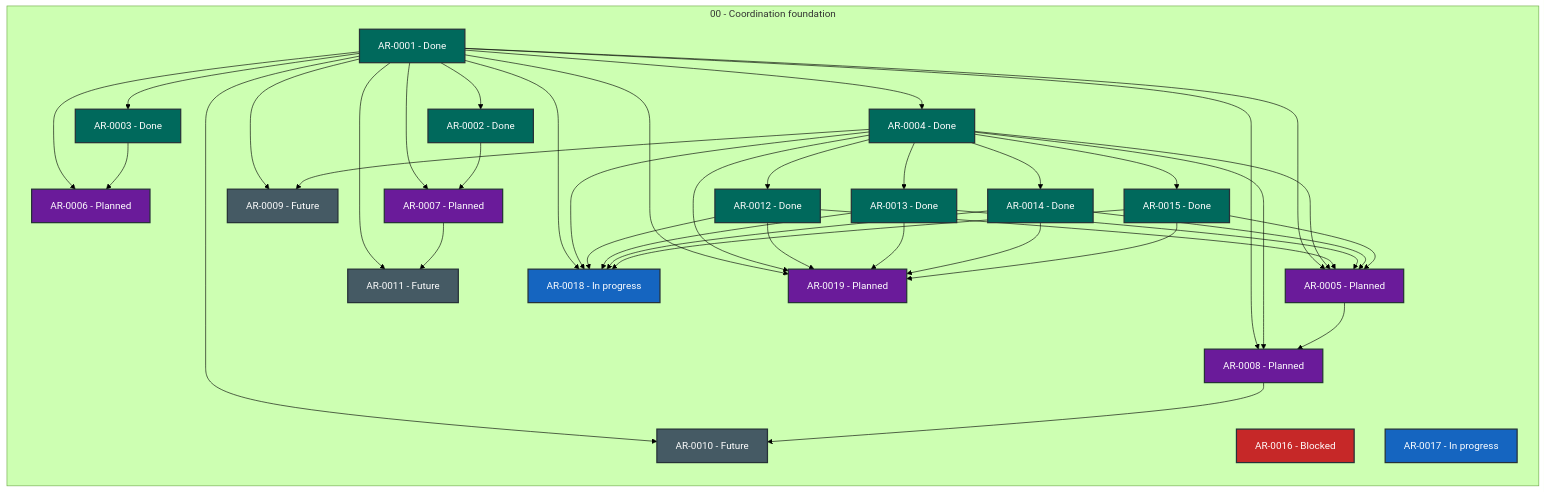
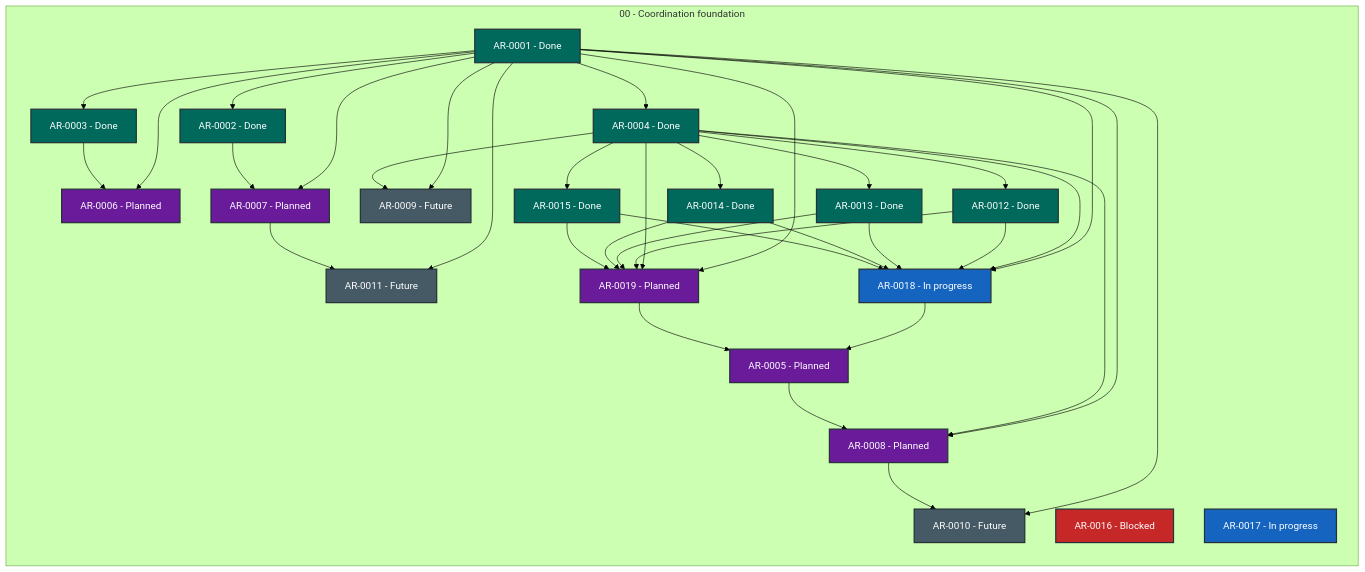
Before and after one commit to martin-beck/agent-workflow-quality-state: the diagram in STATUS.md, drawn with Mermaid (forest theme). The commit also changed other lines of this file and 1 other file, not shown here.

````diff
--- a/STATUS.md
+++ b/STATUS.md
@@ -27,71 +27,67 @@
 ```mermaid
 flowchart LR
     subgraph series_00["00 - Coordination foundation"]
         direction TB
         AR_0001["AR-0001 - Done"]:::status_done
         AR_0002["AR-0002 - Done"]:::status_done
         AR_0003["AR-0003 - Done"]:::status_done
         AR_0004["AR-0004 - Done"]:::status_done
         AR_0005["AR-0005 - Planned"]:::status_planned
         AR_0006["AR-0006 - Planned"]:::status_planned
         AR_0007["AR-0007 - Planned"]:::status_planned
         AR_0008["AR-0008 - Planned"]:::status_planned
         AR_0009["AR-0009 - Future"]:::status_future
         AR_0010["AR-0010 - Future"]:::status_future
         AR_0011["AR-0011 - Future"]:::status_future
         AR_0012["AR-0012 - Done"]:::status_done
         AR_0013["AR-0013 - Done"]:::status_done
         AR_0014["AR-0014 - Done"]:::status_done
         AR_0015["AR-0015 - Done"]:::status_done
         AR_0016["AR-0016 - Blocked"]:::status_blocked
         AR_0017["AR-0017 - In progress"]:::status_in_progress
         AR_0018["AR-0018 - In progress"]:::status_in_progress
         AR_0019["AR-0019 - Planned"]:::status_planned
     end
     AR_0001 --> AR_0002
     AR_0001 --> AR_0003
     AR_0001 --> AR_0004
-    AR_0001 --> AR_0005
     AR_0001 --> AR_0006
     AR_0001 --> AR_0007
     AR_0001 --> AR_0008
     AR_0001 --> AR_0009
     AR_0001 --> AR_0010
     AR_0001 --> AR_0011
     AR_0001 --> AR_0018
     AR_0001 --> AR_0019
     AR_0002 --> AR_0007
     AR_0003 --> AR_0006
-    AR_0004 --> AR_0005
     AR_0004 --> AR_0008
     AR_0004 --> AR_0009
     AR_0004 --> AR_0012
     AR_0004 --> AR_0013
     AR_0004 --> AR_0014
     AR_0004 --> AR_0015
     AR_0004 --> AR_0018
     AR_0004 --> AR_0019
     AR_0005 --> AR_0008
     AR_0007 --> AR_0011
     AR_0008 --> AR_0010
-    AR_0012 --> AR_0005
     AR_0012 --> AR_0018
     AR_0012 --> AR_0019
-    AR_0013 --> AR_0005
     AR_0013 --> AR_0018
     AR_0013 --> AR_0019
-    AR_0014 --> AR_0005
     AR_0014 --> AR_0018
     AR_0014 --> AR_0019
-    AR_0015 --> AR_0005
     AR_0015 --> AR_0018
     AR_0015 --> AR_0019
+    AR_0018 --> AR_0005
+    AR_0019 --> AR_0005
     classDef status_in_progress fill:#1565c0,color:#ffffff,stroke:#263238,stroke-width:2px
     classDef status_open fill:#2e7d32,color:#ffffff,stroke:#263238,stroke-width:2px
     classDef status_blocked fill:#c62828,color:#ffffff,stroke:#263238,stroke-width:2px
     classDef status_planned fill:#6a1b9a,color:#ffffff,stroke:#263238,stroke-width:2px
     classDef status_future fill:#455a64,color:#ffffff,stroke:#263238,stroke-width:2px
     classDef status_done fill:#00695c,color:#ffffff,stroke:#263238,stroke-width:2px
     classDef status_cancelled fill:#616161,color:#ffffff,stroke:#263238,stroke-width:2px
     classDef status_superseded fill:#5d4037,color:#ffffff,stroke:#263238,stroke-width:2px
 ```
````
